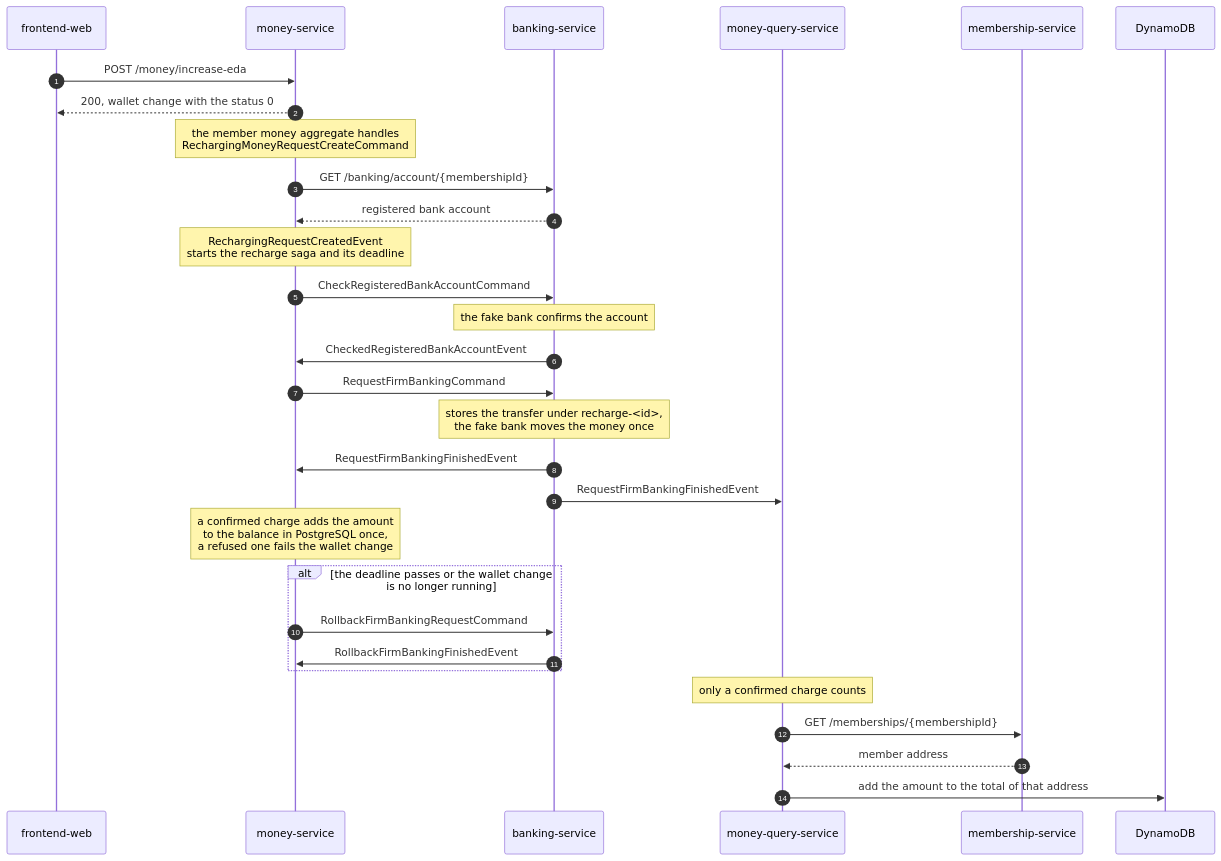
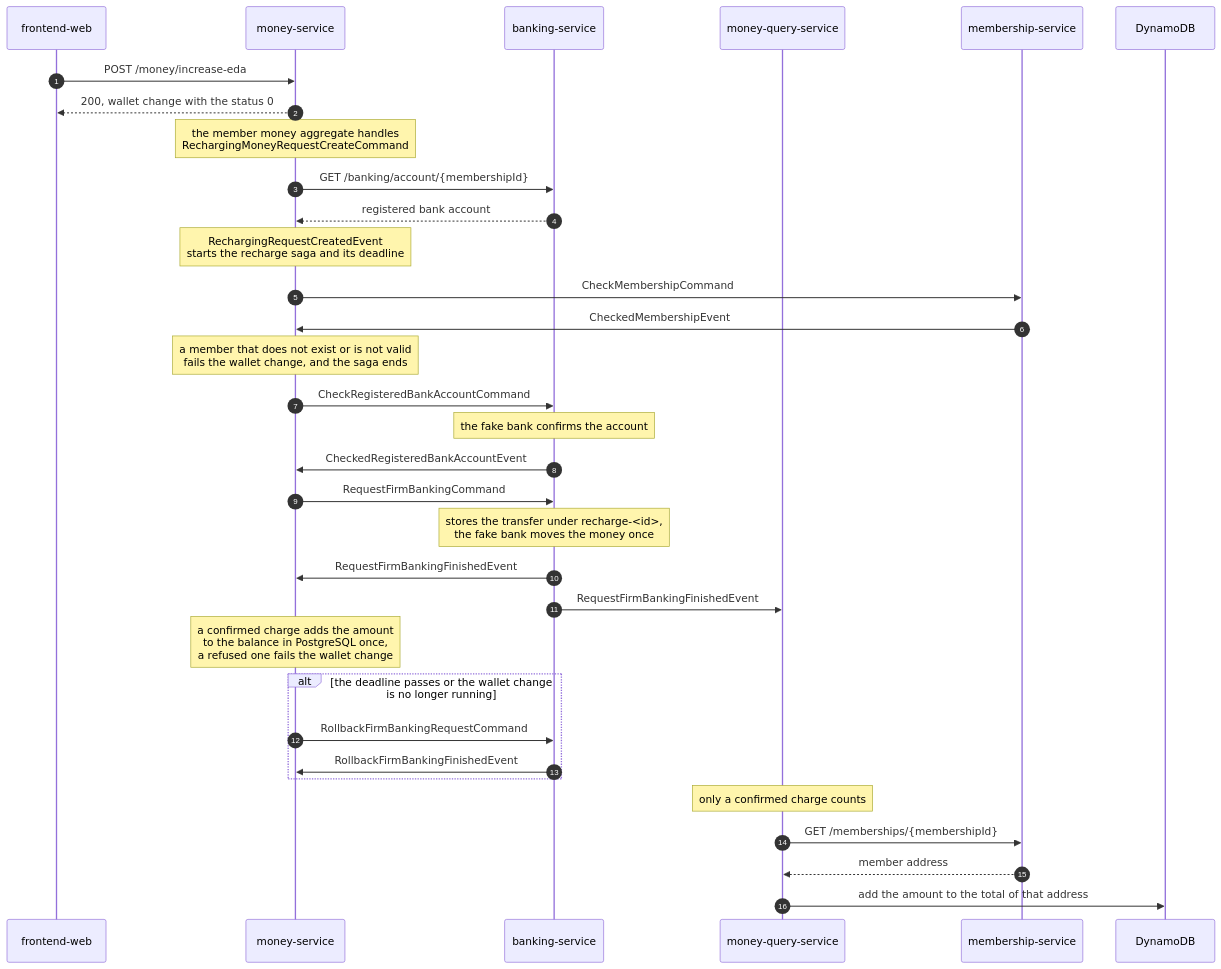
One commit to chrysaor/JayPay changed the first of 4 diagrams in docs/architecture.md. Above: the diagram before and after it, drawn with Mermaid. The commit also changed other lines of this file and 48 other files, not shown here.

First line of the commit message:
feat(money): check the member first in the recharge saga and remove the Kafka task top-up

````diff
--- a/docs/architecture.md
+++ b/docs/architecture.md
@@ -9,33 +9,36 @@
 ```mermaid
 sequenceDiagram
     autonumber
     participant web as frontend-web
     participant money as money-service
     participant banking as banking-service
     participant query as money-query-service
     participant membership as membership-service
     participant dynamodb as DynamoDB
 
     web->>money: POST /money/increase-eda
     money-->>web: 200, wallet change with the status 0
     Note over money: the member money aggregate handles<br/>RechargingMoneyRequestCreateCommand
     money->>banking: GET /banking/account/{membershipId}
     banking-->>money: registered bank account
     Note over money: RechargingRequestCreatedEvent<br/>starts the recharge saga and its deadline
+    money->>membership: CheckMembershipCommand
+    membership->>money: CheckedMembershipEvent
+    Note over money: a member that does not exist or is not valid<br/>fails the wallet change, and the saga ends
     money->>banking: CheckRegisteredBankAccountCommand
     Note over banking: the fake bank confirms the account
     banking->>money: CheckedRegisteredBankAccountEvent
     money->>banking: RequestFirmBankingCommand
     Note over banking: stores the transfer under recharge-<id>,<br/>the fake bank moves the money once
     banking->>money: RequestFirmBankingFinishedEvent
     banking->>query: RequestFirmBankingFinishedEvent
     Note over money: a confirmed charge adds the amount<br/>to the balance in PostgreSQL once,<br/>a refused one fails the wallet change
     alt the deadline passes or the wallet change is no longer running
         money->>banking: RollbackFirmBankingRequestCommand
         banking->>money: RollbackFirmBankingFinishedEvent
     end
     Note over query: only a confirmed charge counts
     query->>membership: GET /memberships/{membershipId}
     membership-->>query: member address
     query->>dynamodb: add the amount to the total of that address
 ```
````
